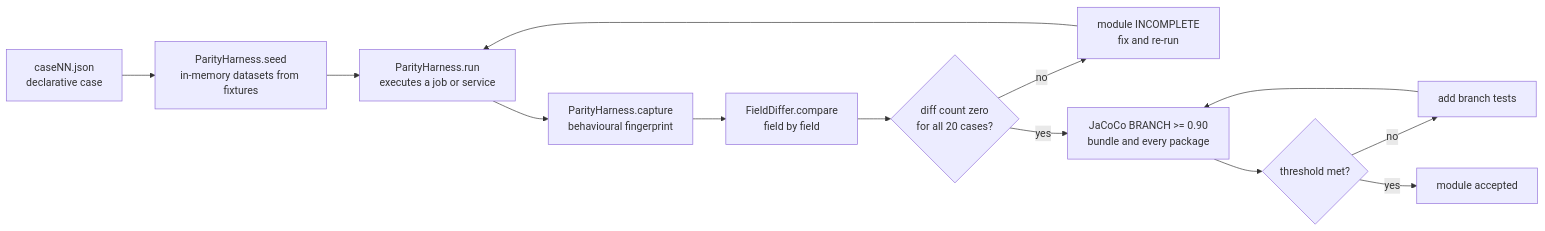
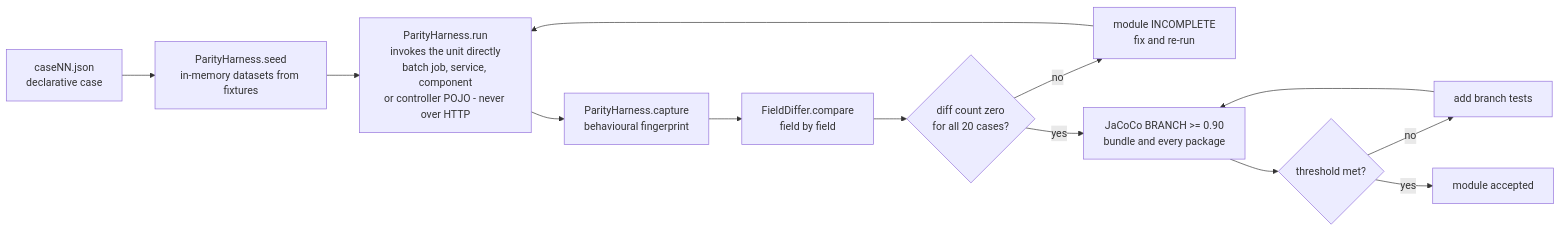
One commit to Blitzy-Sandbox/blitzy-card-demo changed the first of 2 diagrams in docs/project-guide.md. Above: the diagram before and after it, drawn with Mermaid. The commit also changed other lines of this file and 373 other files, not shown here.

````diff
--- a/docs/project-guide.md
+++ b/docs/project-guide.md
@@ -250,15 +270,15 @@
 ```mermaid
 flowchart LR
     A["caseNN.json<br/>declarative case"] --> B["ParityHarness.seed<br/>in-memory datasets from fixtures"]
-    B --> C["ParityHarness.run<br/>executes a job or service"]
+    B --> C["ParityHarness.run<br/>invokes the unit directly<br/>batch job, service, component<br/>or controller POJO - never over HTTP"]
     C --> D["ParityHarness.capture<br/>behavioural fingerprint"]
     D --> E["FieldDiffer.compare<br/>field by field"]
     E --> F{"diff count zero<br/>for all 20 cases?"}
     F -->|"no"| G["module INCOMPLETE<br/>fix and re-run"]
     G --> C
     F -->|"yes"| H["JaCoCo BRANCH >= 0.90<br/>bundle and every package"]
     H --> I{"threshold met?"}
     I -->|"no"| J["add branch tests"]
     J --> H
     I -->|"yes"| K["module accepted"]
 ```
````
